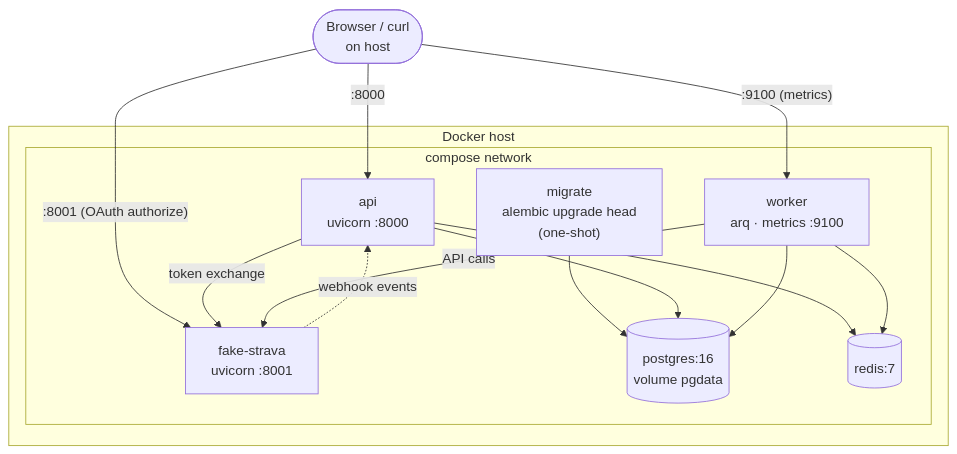
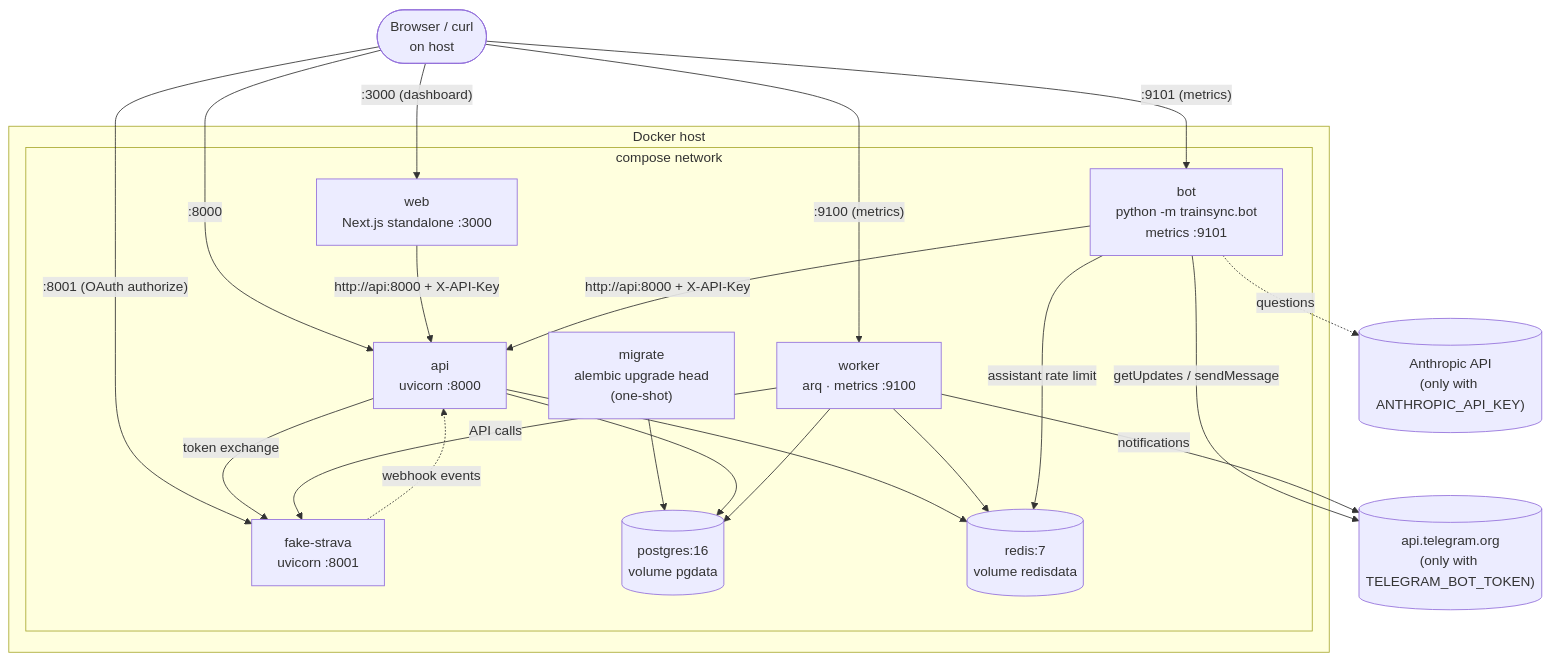
The second of 16 diagrams in docs/diagrams.md (umutaydins/trainsync), drawn with Mermaid before and after one commit. The commit also changed other lines of this file and 4 other files, not shown here.

Commit message:
phase 5 gate: evidence, diagrams, readme

````diff
--- a/docs/diagrams.md
+++ b/docs/diagrams.md
@@ -79,27 +130,39 @@
 ```mermaid
 flowchart TB
     browser(["Browser / curl<br/>on host"])
+    telegram[("api.telegram.org<br/>(only with TELEGRAM_BOT_TOKEN)")]
+    anthropic[("Anthropic API<br/>(only with ANTHROPIC_API_KEY)")]
 
     subgraph host["Docker host"]
         subgraph net["compose network"]
+            web["web<br/>Next.js standalone :3000"]
             api["api<br/>uvicorn :8000"]
             worker["worker<br/>arq · metrics :9100"]
+            bot["bot<br/>python -m trainsync.bot<br/>metrics :9101"]
             migrate["migrate<br/>alembic upgrade head<br/>(one-shot)"]
             fake["fake-strava<br/>uvicorn :8001"]
             pg[("postgres:16<br/>volume pgdata")]
-            rd[("redis:7")]
+            rd[("redis:7<br/>volume redisdata")]
         end
     end
 
+    browser -- ":3000 (dashboard)" --> web
     browser -- ":8000" --> api
     browser -- ":9100 (metrics)" --> worker
+    browser -- ":9101 (metrics)" --> bot
     browser -- ":8001 (OAuth authorize)" --> fake
+    web -- "http://api:8000 + X-API-Key" --> api
+    bot -- "http://api:8000 + X-API-Key" --> api
     migrate --> pg
     api --> pg
     api --> rd
     worker --> pg
     worker --> rd
+    bot -- "assistant rate limit" --> rd
     api -- "token exchange" --> fake
     worker -- "API calls" --> fake
     fake -. "webhook events" .-> api
+    bot -- "getUpdates / sendMessage" --> telegram
+    worker -- "notifications" --> telegram
+    bot -. "questions" .-> anthropic
 ```
````
